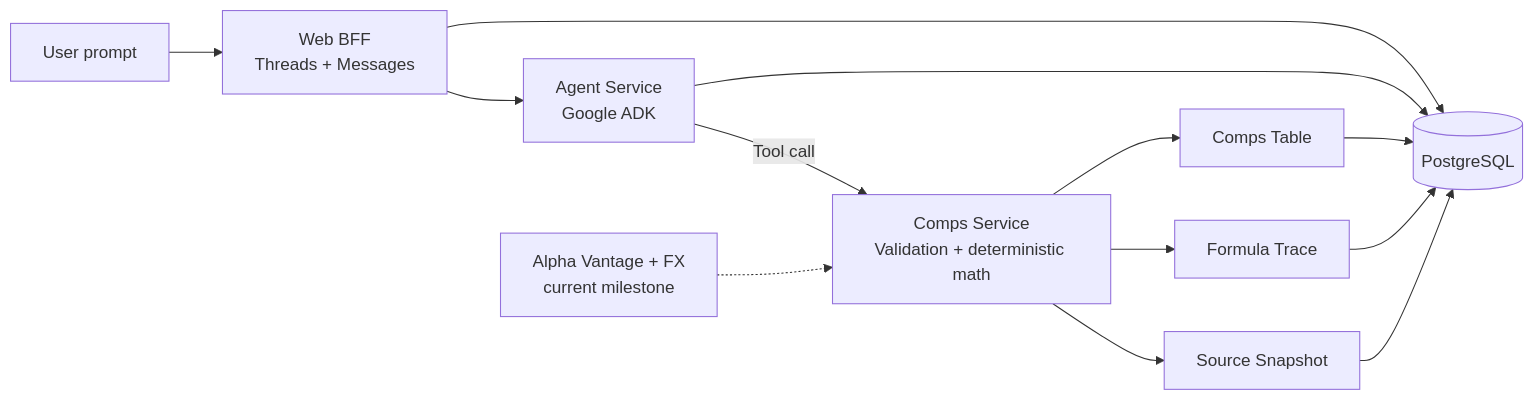
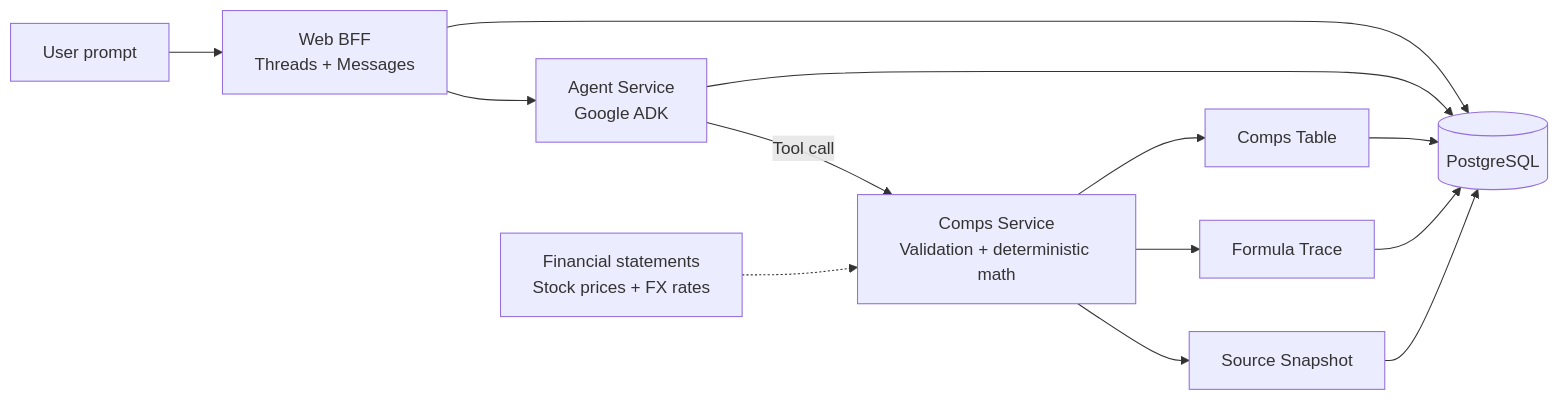
One commit to zer0plus/talk-to-your-stock changed the diagram in README.md. Above: the diagram before and after it, drawn with Mermaid. The commit also changed other lines of this file, not shown here.

Commit message:
Generalize README data sources

````diff
--- a/README.md
+++ b/README.md
@@ -78,18 +72,18 @@
 ```mermaid
 flowchart LR
     USER["User prompt"] --> BFF["Web BFF<br/>Threads + Messages"]
     BFF --> AGENT["Agent Service<br/>Google ADK"]
     AGENT -->|"Tool call"| COMPS["Comps Service<br/>Validation + deterministic math"]
 
     COMPS --> TABLE["Comps Table"]
     COMPS --> TRACE["Formula Trace"]
     COMPS --> SNAPSHOT["Source Snapshot"]
 
     BFF --> PG[("PostgreSQL")]
     AGENT --> PG
     TABLE --> PG
     TRACE --> PG
     SNAPSHOT --> PG
 
-    PROVIDER["Alpha Vantage + FX<br/>current milestone"] -.-> COMPS
+    DATA["Financial statements<br/>Stock prices + FX rates"] -.-> COMPS
 ```
````
